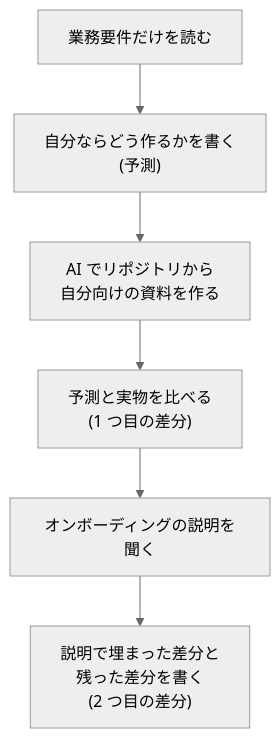
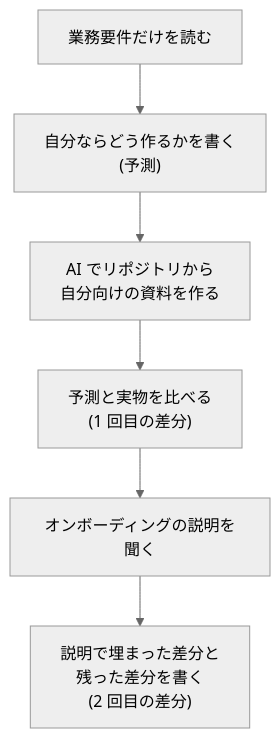
One commit to kimuchanman/kimuchanman.github.io changed the diagram in src/content/blog/onboarding-by-prediction-diff.md. Above: the diagram before and after it, drawn with Mermaid (neutral theme). The commit also changed other lines of this file, not shown here.

````diff
--- a/src/content/blog/onboarding-by-prediction-diff.md
+++ b/src/content/blog/onboarding-by-prediction-diff.md
@@ -11,8 +15,8 @@
 ```mermaid
 flowchart TB
   A["業務要件だけを読む"] --> B["自分ならどう作るかを書く<br/>(予測)"]
   B --> C["AI でリポジトリから<br/>自分向けの資料を作る"]
-  C --> D["予測と実物を比べる<br/>(1 つ目の差分)"]
+  C --> D["予測と実物を比べる<br/>(1 回目の差分)"]
   D --> E["オンボーディングの説明を聞く"]
-  E --> F["説明で埋まった差分と<br/>残った差分を書く<br/>(2 つ目の差分)"]
+  E --> F["説明で埋まった差分と<br/>残った差分を書く<br/>(2 回目の差分)"]
 ```
````
